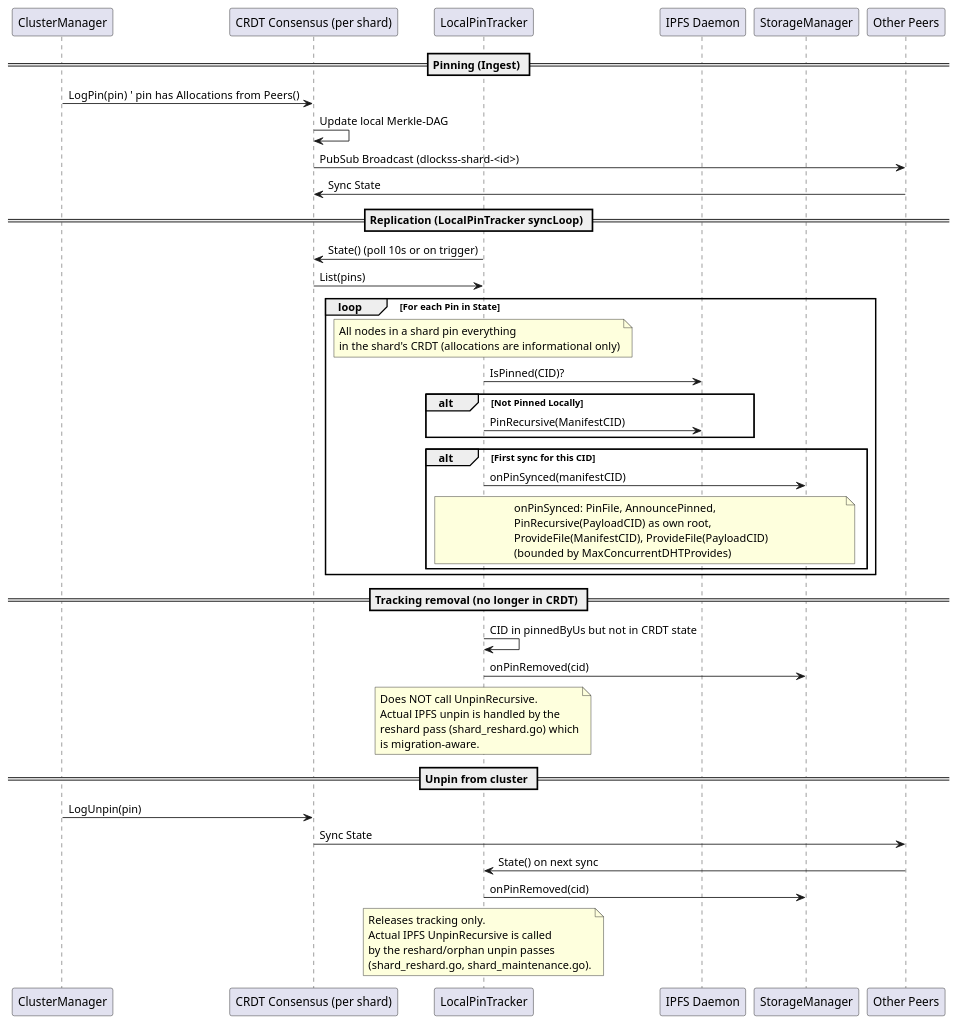
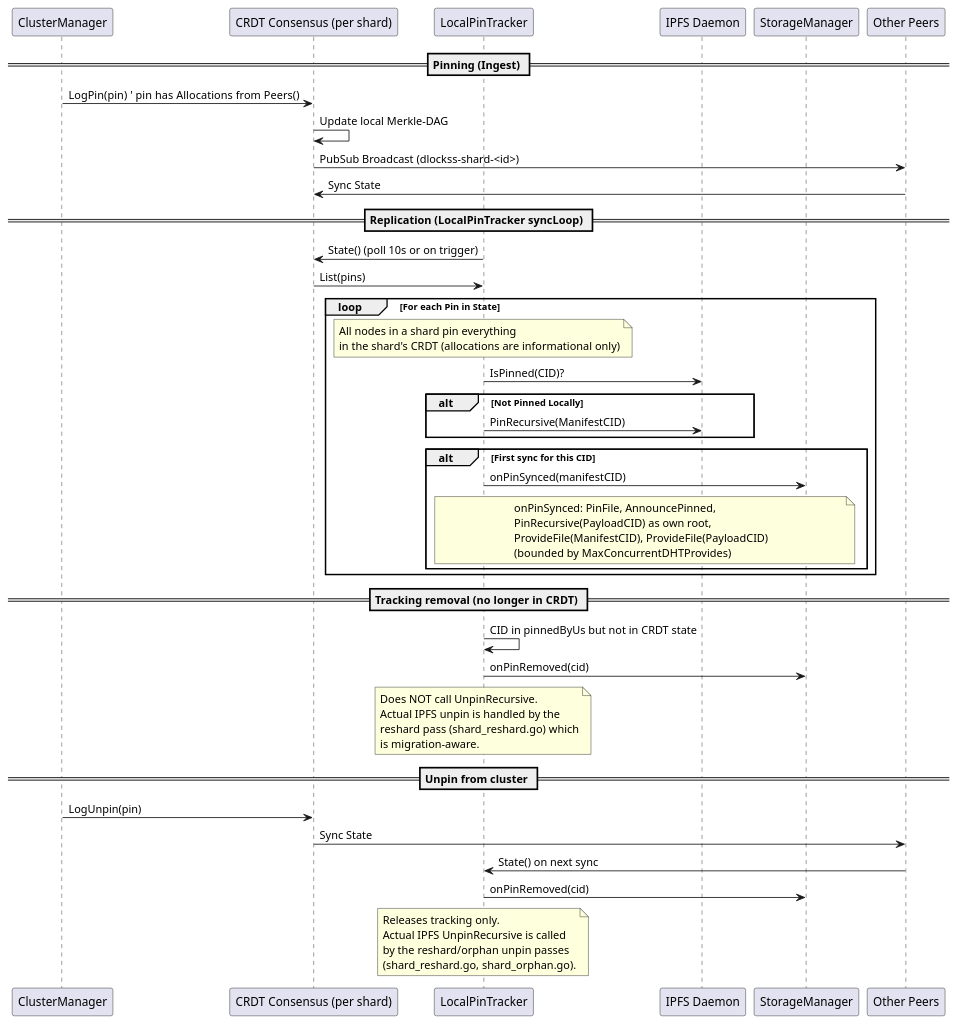
The diagram in docs/replication_check_sequence.puml (gipplab/D-LOCKSS), drawn with PlantUML before and after one commit. The commit also changed 81 other files, not shown here.

```diff
--- a/docs/replication_check_sequence.puml
+++ b/docs/replication_check_sequence.puml
@@ -1,48 +1,48 @@
 @startuml Cluster State Sync Sequence
 
 participant "ClusterManager" as ClusterMgr
 participant "CRDT Consensus (per shard)" as CRDT
 participant "LocalPinTracker" as PinTracker
 participant "IPFS Daemon" as IPFS
 participant "StorageManager" as Storage
 participant "Other Peers" as Peers
 
 == Pinning (Ingest) ==
 
 ClusterMgr -> CRDT: LogPin(pin)  ' pin has Allocations from Peers()
 CRDT -> CRDT: Update local Merkle-DAG
 CRDT -> Peers: PubSub Broadcast (dlockss-shard-<id>)
 Peers -> CRDT: Sync State
 
 == Replication (LocalPinTracker syncLoop) ==
 
 PinTracker -> CRDT: State() (poll 10s or on trigger)
 CRDT -> PinTracker: List(pins)
 
 loop For each Pin in State
     Note over PinTracker: All nodes in a shard pin everything\nin the shard's CRDT (allocations are informational only)
     PinTracker -> IPFS: IsPinned(CID)?
     alt Not Pinned Locally
         PinTracker -> IPFS: PinRecursive(ManifestCID)
     end
     alt First sync for this CID
         PinTracker -> Storage: onPinSynced(manifestCID)
         Note over PinTracker, Storage: onPinSynced: PinFile, AnnouncePinned,\nPinRecursive(PayloadCID) as own root,\nProvideFile(ManifestCID), ProvideFile(PayloadCID)\n(bounded by MaxConcurrentDHTProvides)
     end
 end
 
 == Tracking removal (no longer in CRDT) ==
 
 PinTracker -> PinTracker: CID in pinnedByUs but not in CRDT state
 PinTracker -> Storage: onPinRemoved(cid)
 Note over PinTracker: Does NOT call UnpinRecursive.\nActual IPFS unpin is handled by the\nreshard pass (shard_reshard.go) which\nis migration-aware.
 
 == Unpin from cluster ==
 
 ClusterMgr -> CRDT: LogUnpin(pin)
 CRDT -> Peers: Sync State
 Peers -> PinTracker: State() on next sync
 PinTracker -> Storage: onPinRemoved(cid)
-Note over PinTracker: Releases tracking only.\nActual IPFS UnpinRecursive is called\nby the reshard/orphan unpin passes\n(shard_reshard.go, shard_maintenance.go).
+Note over PinTracker: Releases tracking only.\nActual IPFS UnpinRecursive is called\nby the reshard/orphan unpin passes\n(shard_reshard.go, shard_orphan.go).
 
 @enduml
```
